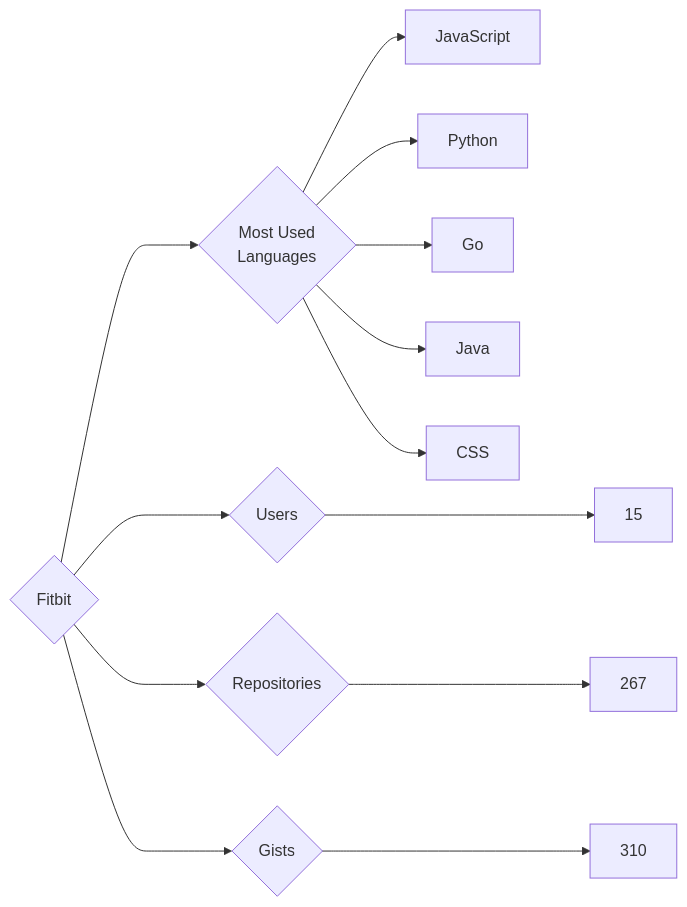
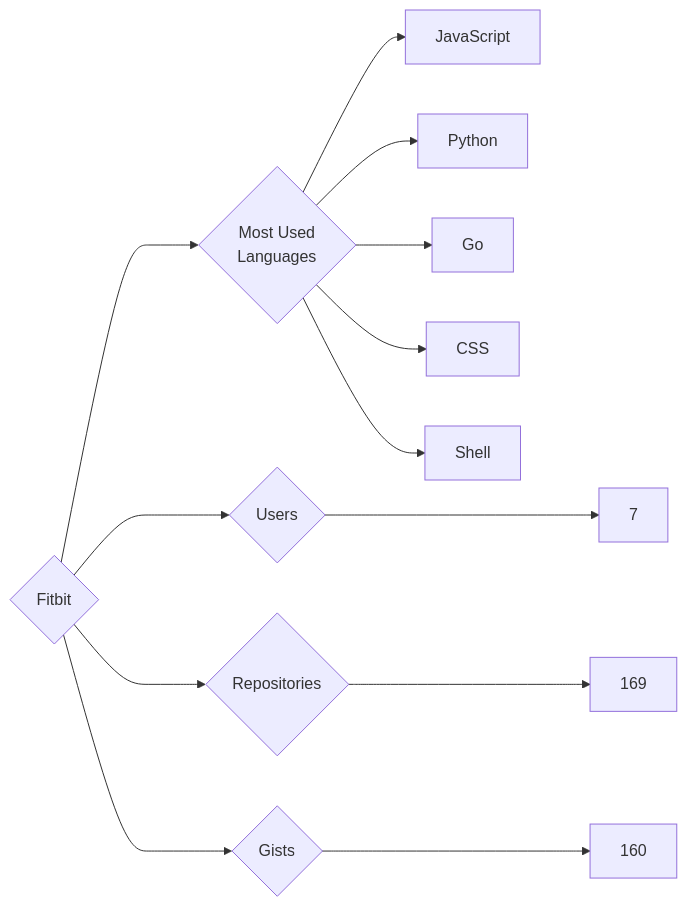
One commit to trickest/insiders changed the diagram in targets/Fitbit/README.md. Above: the diagram before and after it, drawn with Mermaid. The commit also changed 809 other files, not shown here.

````diff
--- a/targets/Fitbit/README.md
+++ b/targets/Fitbit/README.md
@@ -3,13 +3,13 @@
 ```mermaid
 graph LR
 COMPANY_NAME{Fitbit}
-COMPANY_NAME ---> U{Users} ---> UN[15]
-COMPANY_NAME ---> R{Repositories} ---> RN[267]
-COMPANY_NAME ---> G{Gists} ---> GN[310]
+COMPANY_NAME ---> U{Users} ---> UN[7]
+COMPANY_NAME ---> R{Repositories} ---> RN[169]
+COMPANY_NAME ---> G{Gists} ---> GN[160]
 COMPANY_NAME ---> ML{Most Used<br>Languages}
 ML --> JavaScript[JavaScript]
 ML --> Python[Python]
 ML --> Go[Go]
-ML --> Java[Java]
 ML --> CSS[CSS]
+ML --> Shell[Shell]
 ```
````
